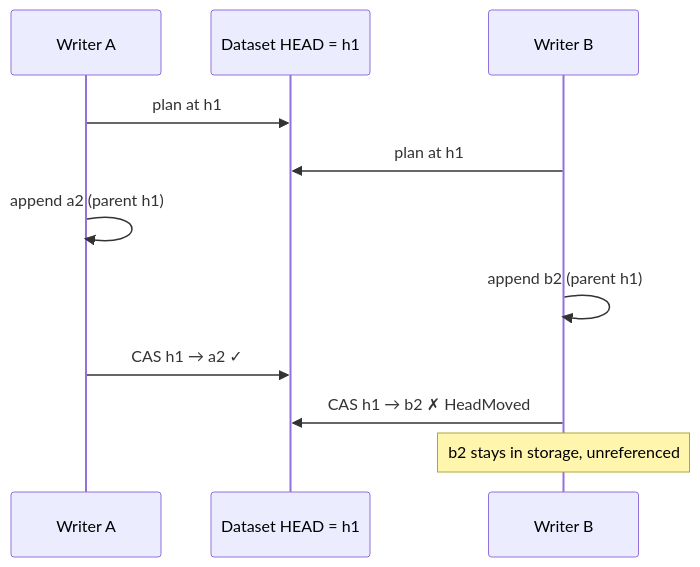
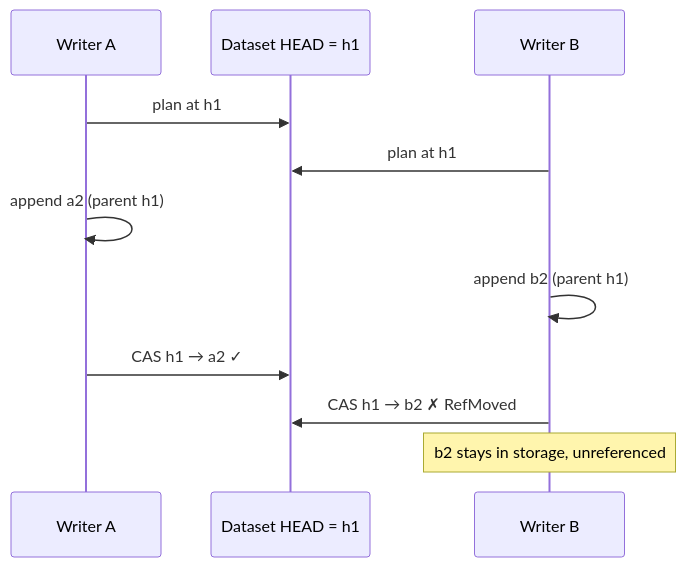
One commit to kamu-data/kamu-cli changed the third of 3 diagrams in docs/internal/dataset-operations.md. Above: the diagram before and after it, drawn with Mermaid. The commit also changed other lines of this file and 88 other files, not shown here.

````diff
--- a/docs/internal/dataset-operations.md
+++ b/docs/internal/dataset-operations.md
@@ -172,13 +177,13 @@
 ```mermaid
 sequenceDiagram
     participant A as Writer A
     participant D as Dataset HEAD = h1
     participant B as Writer B
     A->>D: plan at h1
     B->>D: plan at h1
     A->>A: append a2 (parent h1)
     B->>B: append b2 (parent h1)
     A->>D: CAS h1 → a2 ✓
-    B->>D: CAS h1 → b2 ✗ HeadMoved
+    B->>D: CAS h1 → b2 ✗ RefMoved
     Note over B: b2 stays in storage, unreferenced
 ```
````
